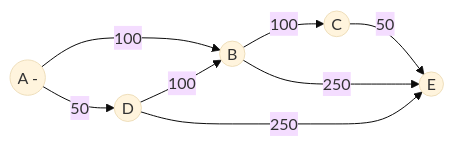
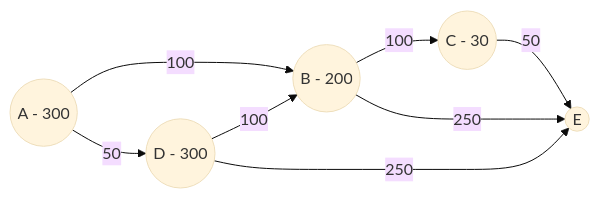
One commit to LeonStoldt/technische-Grundlagen-der-Informatik changed the fourth of 4 diagrams in content.md. Above: the diagram before and after it, drawn with Mermaid (base theme). The commit also changed other lines of this file, not shown here.

````diff
--- a/content.md
+++ b/content.md
@@ -736,10 +736,10 @@
 ``` mermaid
 graph LR
-A((A - )) --100--> B((B))
-A --50--> D((D))
+A((A - 300)) --100--> B((B - 200))
+A --50--> D((D - 300))
 D --100--> B
-B --100--> C((C))
+B --100--> C((C - 30))
 C --50--> E((E))
 B --250--> E
 D --250--> E
 ```
````
